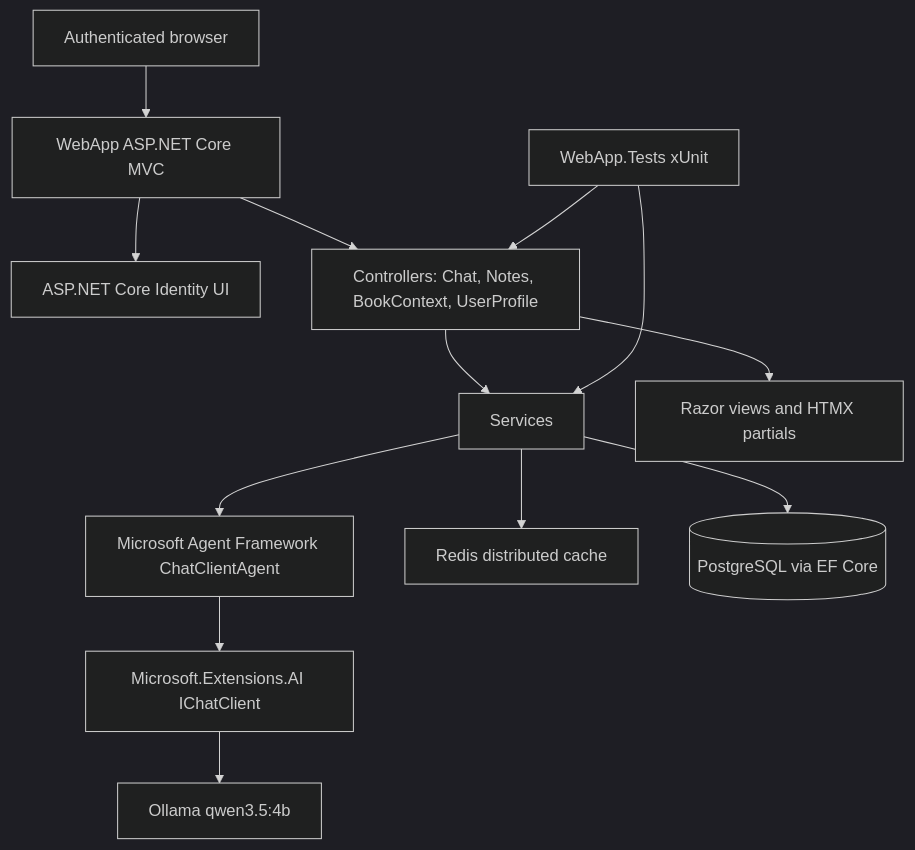
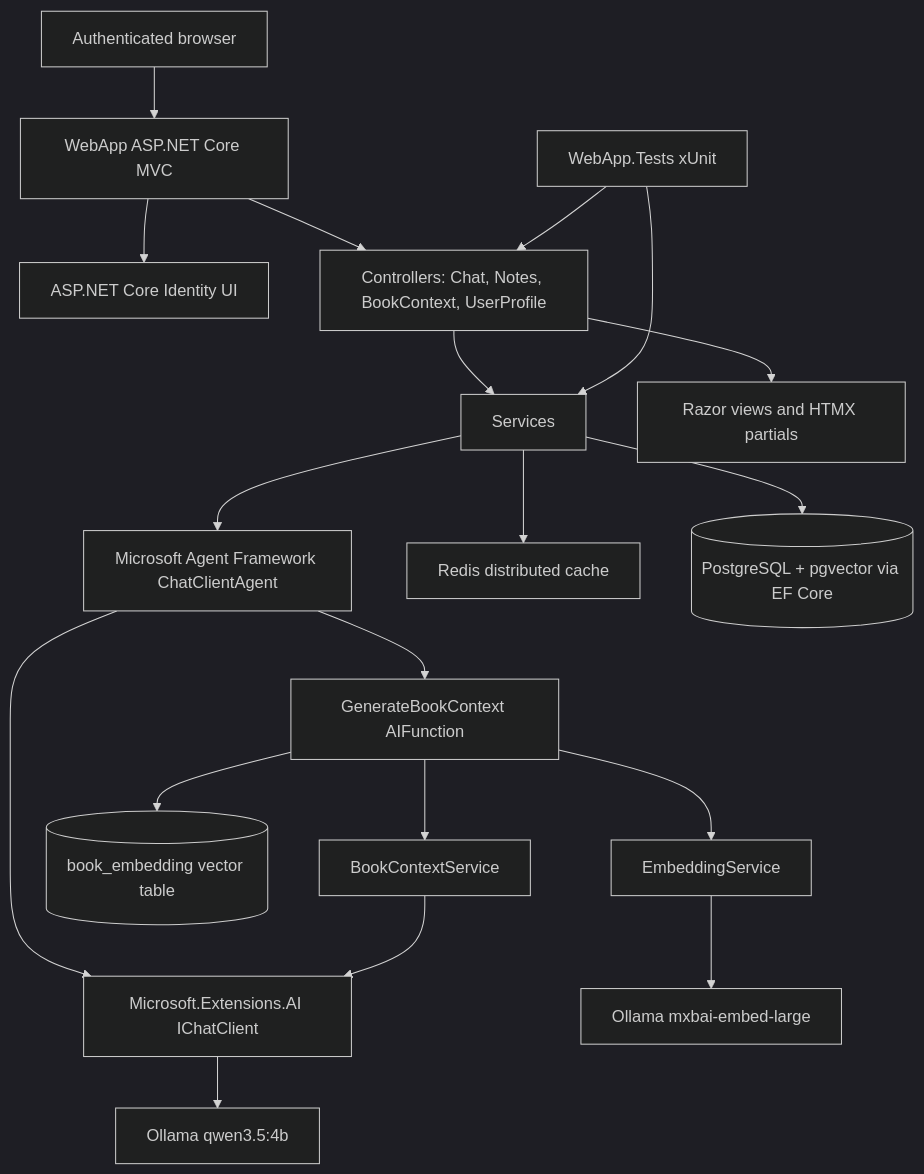
Before and after one commit to FabioRNobrega/book-notes-ia: the diagram in Specs/TechStak.md, drawn with Mermaid (dark theme). The commit also changed other lines of this file and 11 other files, not shown here.

Commit message:
fix(rag): harden pgvector book lookup

````diff
--- a/Specs/TechStak.md
+++ b/Specs/TechStak.md
@@ -51,15 +52,21 @@
 ```mermaid
 flowchart TD
     Browser[Authenticated browser] --> MVC[WebApp ASP.NET Core MVC]
     MVC --> Identity[ASP.NET Core Identity UI]
     MVC --> Controllers[Controllers: Chat, Notes, BookContext, UserProfile]
     Controllers --> Services[Services]
     Services --> Agent[Microsoft Agent Framework ChatClientAgent]
     Agent --> AIClient[Microsoft.Extensions.AI IChatClient]
+    Agent --> Tool[GenerateBookContext AIFunction]
+    Tool --> Embeddings[EmbeddingService]
+    Embeddings --> EmbedModel[Ollama mxbai-embed-large]
+    Tool --> Pgvector[(book_embedding vector table)]
+    Tool --> Context[BookContextService]
+    Context --> AIClient
     AIClient --> Ollama[Ollama qwen3.5:4b]
     Services --> Cache[Redis distributed cache]
-    Services --> Db[(PostgreSQL via EF Core)]
+    Services --> Db[(PostgreSQL + pgvector via EF Core)]
     Controllers --> Views[Razor views and HTMX partials]
     Tests[WebApp.Tests xUnit] --> Controllers
     Tests --> Services
 ```
````
